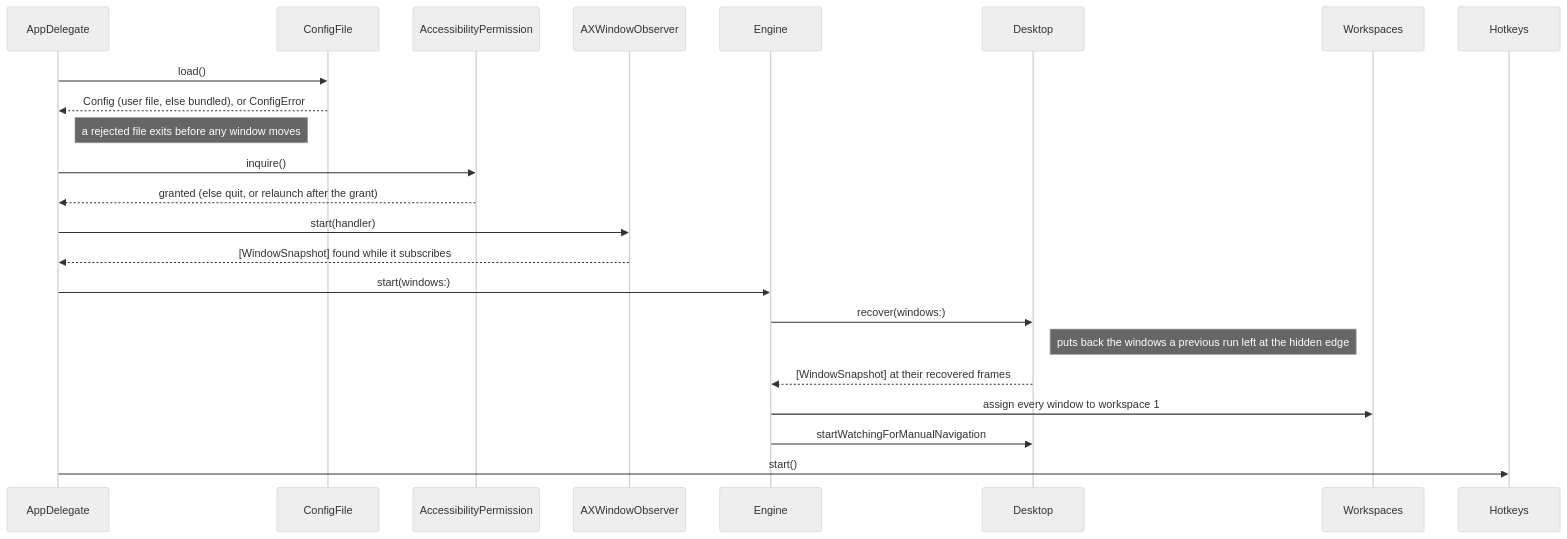
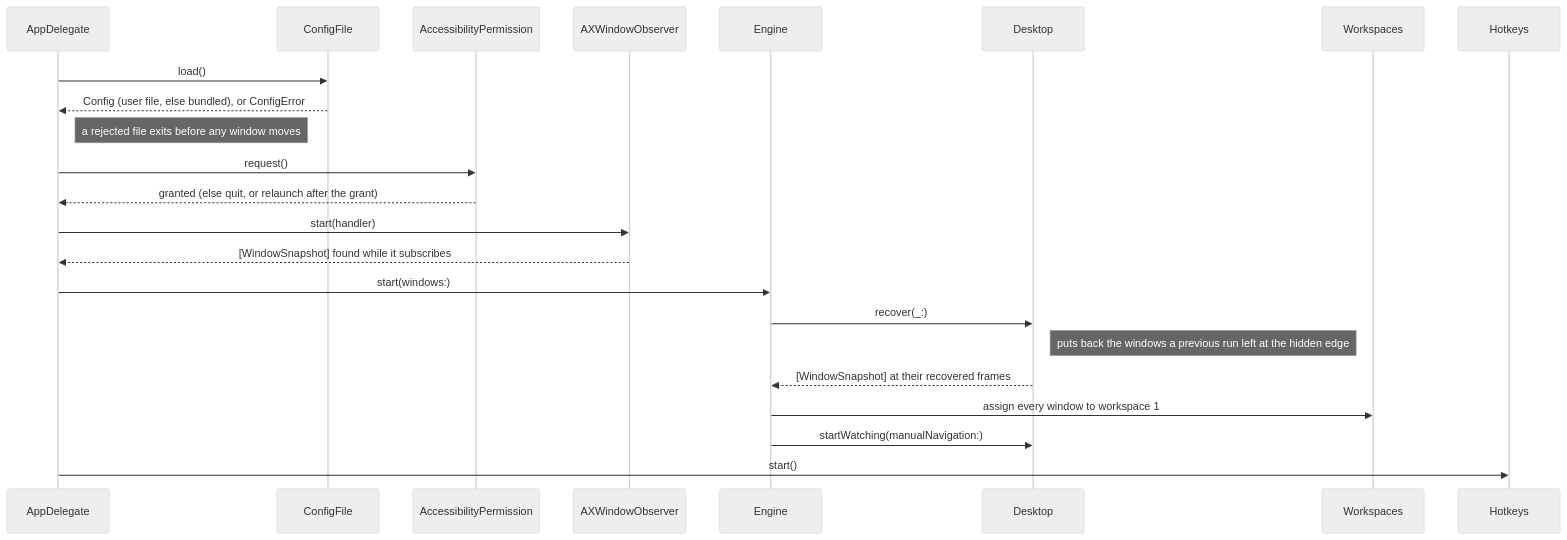
The second of 4 diagrams in ARCHITECTURE.md (brennovich/ottowm), drawn with Mermaid (neutral theme) before and after one commit. The commit also changed other lines of this file and 30 other files, not shown here.

````diff
--- a/ARCHITECTURE.md
+++ b/ARCHITECTURE.md
@@ -96,17 +96,17 @@
 ```mermaid
 sequenceDiagram
     AppDelegate->>ConfigFile: load()
     ConfigFile-->>AppDelegate: Config (user file, else bundled), or ConfigError
     Note right of AppDelegate: a rejected file exits before any window moves
-    AppDelegate->>AccessibilityPermission: inquire()
+    AppDelegate->>AccessibilityPermission: request()
     AccessibilityPermission-->>AppDelegate: granted (else quit, or relaunch after the grant)
     AppDelegate->>AXWindowObserver: start(handler)
     AXWindowObserver-->>AppDelegate: [WindowSnapshot] found while it subscribes
     AppDelegate->>Engine: start(windows:)
-    Engine->>Desktop: recover(windows:)
+    Engine->>Desktop: recover(_:)
     Note right of Desktop: puts back the windows a previous run left at the hidden edge
     Desktop-->>Engine: [WindowSnapshot] at their recovered frames
     Engine->>Workspaces: assign every window to workspace 1
-    Engine->>Desktop: startWatchingForManualNavigation
+    Engine->>Desktop: startWatching(manualNavigation:)
     AppDelegate->>Hotkeys: start()
 ```
````
